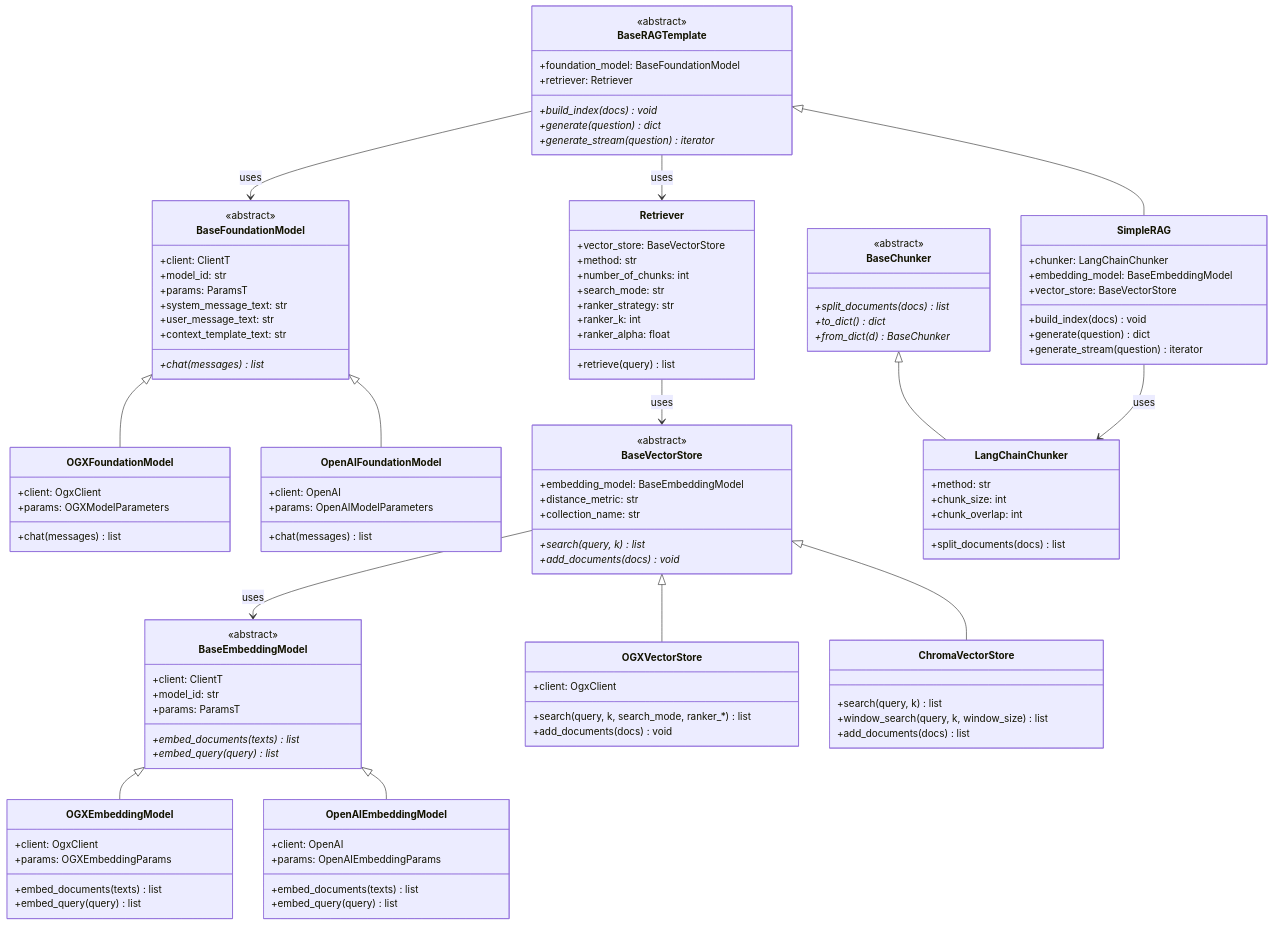
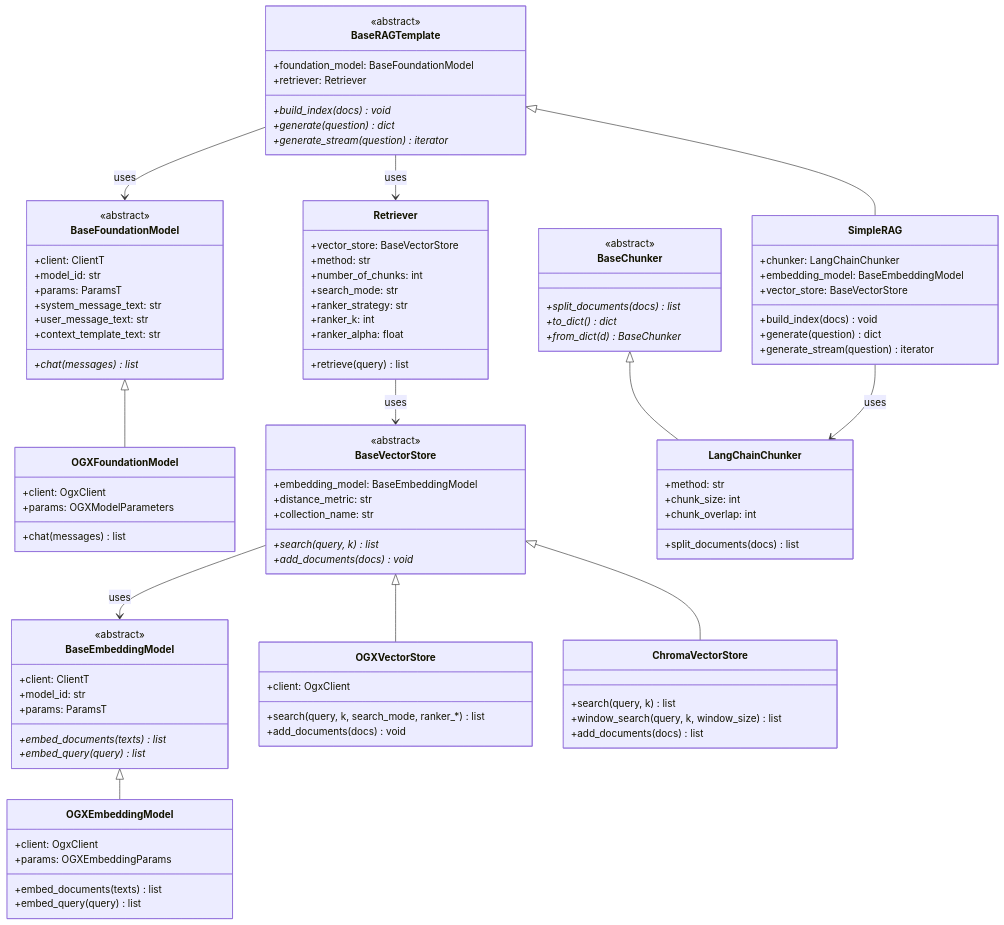
The diagram in docs/architecture/rag-components.md (IBM/ai4rag), drawn with Mermaid before and after one commit. The commit also changed other lines of this file and 12 other files, not shown here.

```diff
--- a/docs/architecture/rag-components.md
+++ b/docs/architecture/rag-components.md
@@ -25,12 +25,6 @@
         +chat(messages) list
     }
 
-    class OpenAIFoundationModel {
-        +client: OpenAI
-        +params: OpenAIModelParameters
-        +chat(messages) list
-    }
-
     class BaseEmbeddingModel {
         <<abstract>>
         +client: ClientT
@@ -43,13 +37,6 @@
     class OGXEmbeddingModel {
         +client: OgxClient
         +params: OGXEmbeddingParams
-        +embed_documents(texts) list
-        +embed_query(query) list
-    }
-
-    class OpenAIEmbeddingModel {
-        +client: OpenAI
-        +params: OpenAIEmbeddingParams
         +embed_documents(texts) list
         +embed_query(query) list
     }
@@ -119,9 +106,7 @@
     }
 
     BaseFoundationModel <|-- OGXFoundationModel
-    BaseFoundationModel <|-- OpenAIFoundationModel
     BaseEmbeddingModel <|-- OGXEmbeddingModel
-    BaseEmbeddingModel <|-- OpenAIEmbeddingModel
     BaseVectorStore <|-- OGXVectorStore
     BaseVectorStore <|-- ChromaVectorStore
     BaseChunker <|-- LangChainChunker
```
